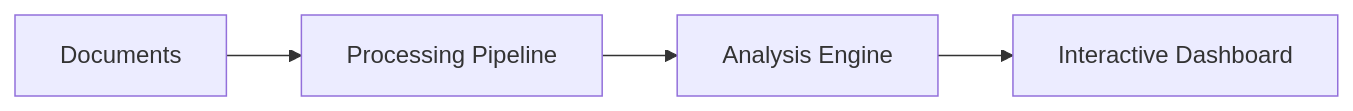
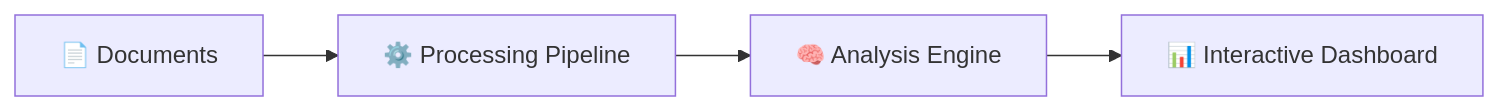
One commit to Pooja-Vishnoi/GenAI_Hackathon changed the first of 9 diagrams in README.md. Above: the diagram before and after it, drawn with Mermaid. The commit also changed other lines of this file, not shown here.

````diff
--- a/README.md
+++ b/README.md
@@ -54,6 +60,6 @@
 ```mermaid
 graph LR
-    A[Documents] --> B[Processing Pipeline]
-    B --> C[Analysis Engine]
-    C --> D[Interactive Dashboard]
+    A[📄 Documents] --> B[⚙️ Processing Pipeline]
+    B --> C[🧠 Analysis Engine]
+    C --> D[📊 Interactive Dashboard]
 ```
````
